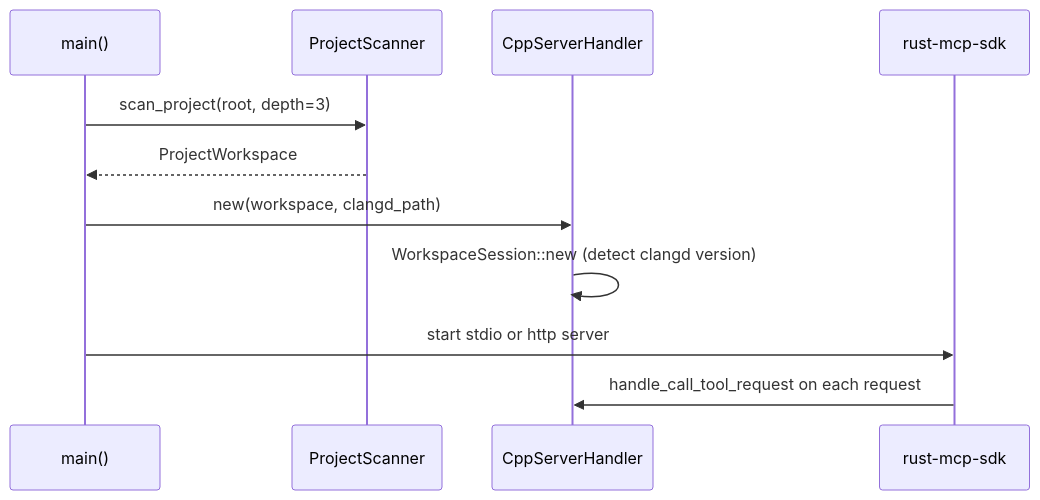
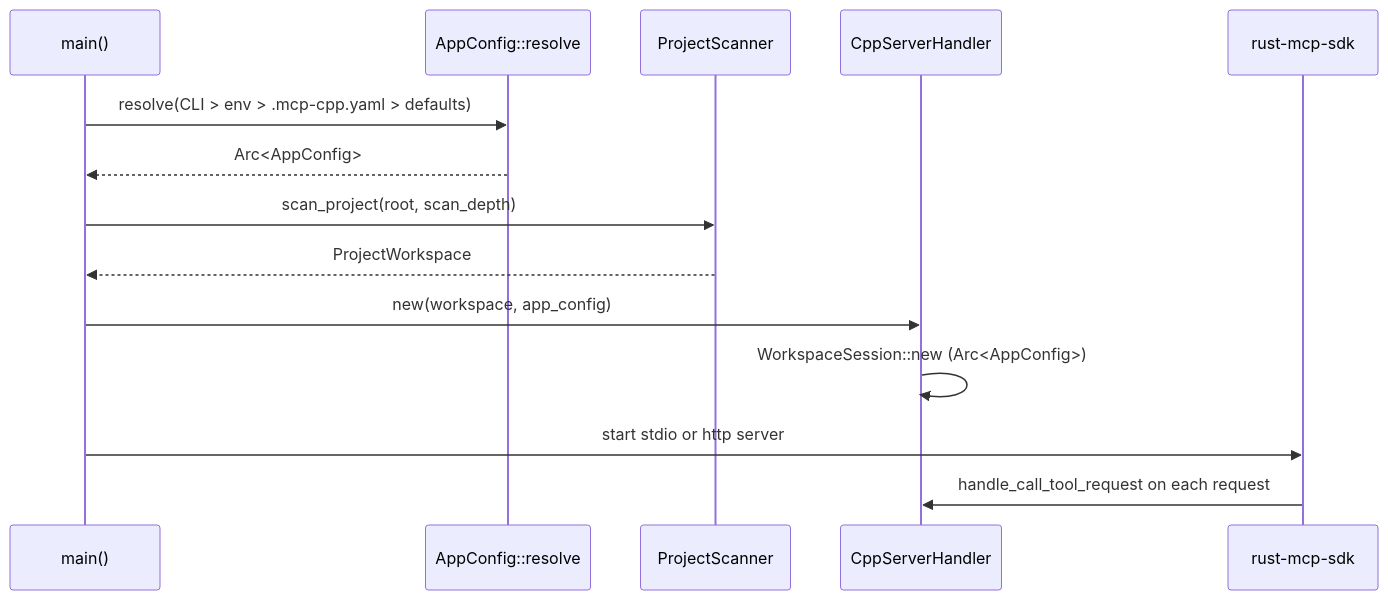
The second of 3 diagrams in openwiki/architecture/overview.md (vptyp/mcp-cpp), drawn with Mermaid before and after one commit. The commit also changed other lines of this file and 8 other files, not shown here.

````diff
--- a/openwiki/architecture/overview.md
+++ b/openwiki/architecture/overview.md
@@ -77,13 +76,16 @@
 ```mermaid
 sequenceDiagram
     participant Main as main()
+    participant Cfg as AppConfig::resolve
     participant Scanner as ProjectScanner
     participant Handler as CppServerHandler
     participant SDK as rust-mcp-sdk
-    Main->>Scanner: scan_project(root, depth=3)
+    Main->>Cfg: resolve(CLI > env > .mcp-cpp.yaml > defaults)
+    Cfg-->>Main: Arc<AppConfig>
+    Main->>Scanner: scan_project(root, scan_depth)
     Scanner-->>Main: ProjectWorkspace
-    Main->>Handler: new(workspace, clangd_path)
-    Handler->>Handler: WorkspaceSession::new (detect clangd version)
+    Main->>Handler: new(workspace, app_config)
+    Handler->>Handler: WorkspaceSession::new (Arc<AppConfig>)
     Main->>SDK: start stdio or http server
     SDK->>Handler: handle_call_tool_request on each request
 ```
````
